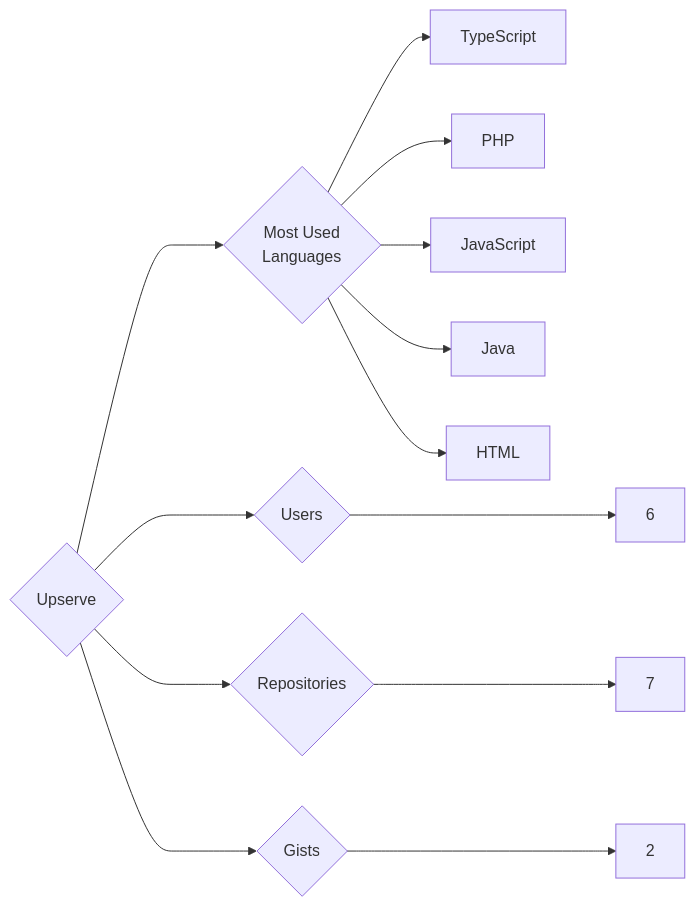
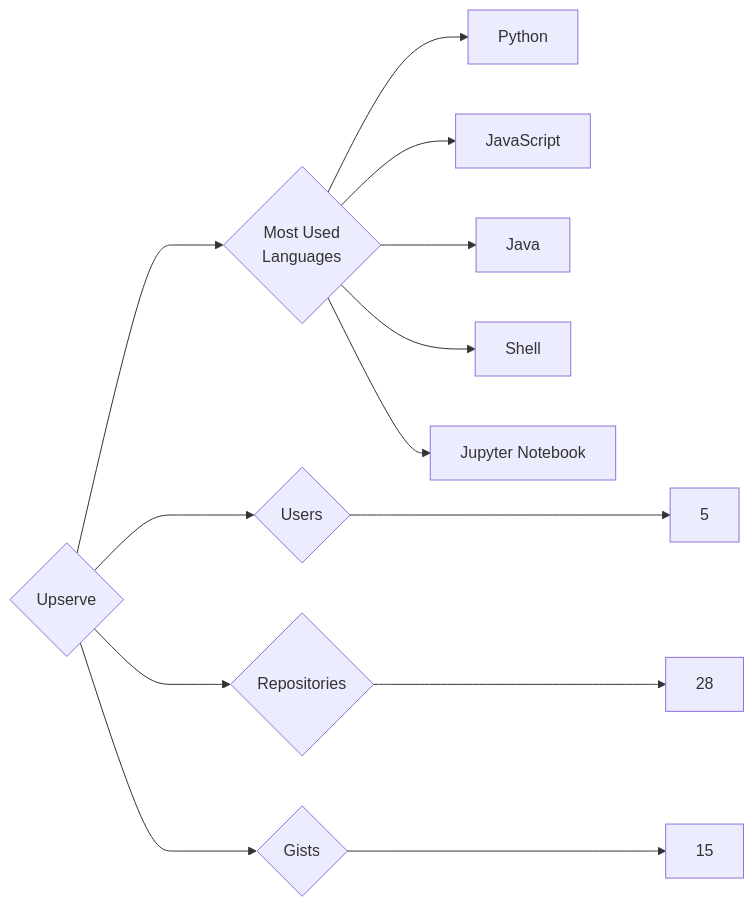
One commit to trickest/insiders changed the diagram in targets/Upserve/README.md. Above: the diagram before and after it, drawn with Mermaid. The commit also changed 797 other files, not shown here.

````diff
--- a/targets/Upserve/README.md
+++ b/targets/Upserve/README.md
@@ -3,13 +3,13 @@
 ```mermaid
 graph LR
 COMPANY_NAME{Upserve}
-COMPANY_NAME ---> U{Users} ---> UN[6]
-COMPANY_NAME ---> R{Repositories} ---> RN[7]
-COMPANY_NAME ---> G{Gists} ---> GN[2]
+COMPANY_NAME ---> U{Users} ---> UN[5]
+COMPANY_NAME ---> R{Repositories} ---> RN[28]
+COMPANY_NAME ---> G{Gists} ---> GN[15]
 COMPANY_NAME ---> ML{Most Used<br>Languages}
-ML --> TypeScript[TypeScript]
-ML --> PHP[PHP]
+ML --> Python[Python]
 ML --> JavaScript[JavaScript]
 ML --> Java[Java]
-ML --> HTML[HTML]
+ML --> Shell[Shell]
+ML --> Jupyter_Notebook[Jupyter Notebook]
 ```
````
